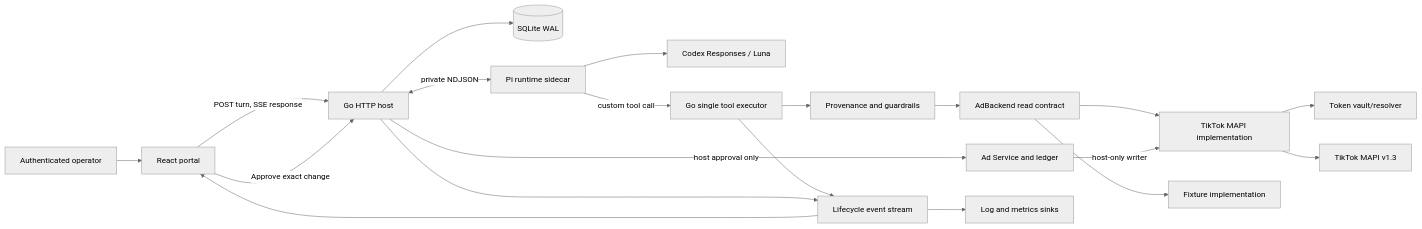
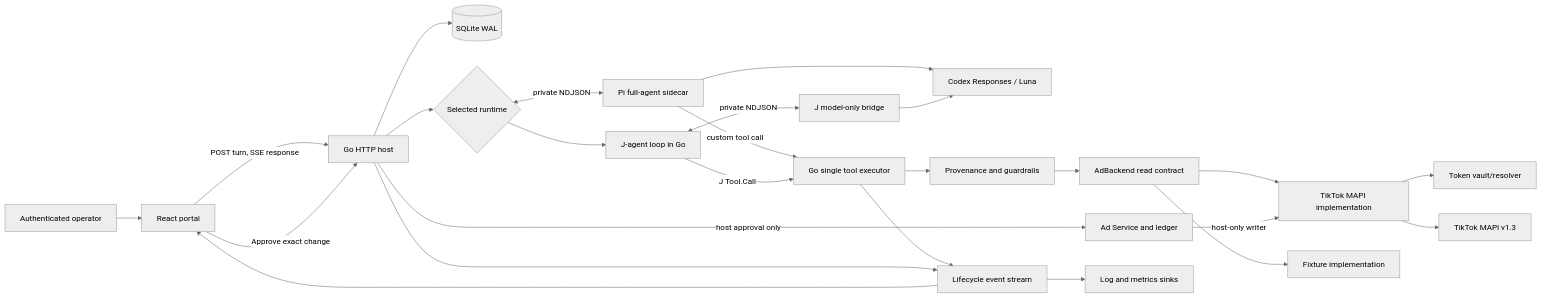
Before and after one commit to z-chenhao/ad-agent: the diagram in docs/technical-design-v0.md, drawn with Mermaid (neutral theme). The commit also changed other lines of this file and 30 other files, not shown here.

Commit message:
Add J-agent Luna runtime

````diff
--- a/docs/technical-design-v0.md
+++ b/docs/technical-design-v0.md
@@ -250,22 +256,27 @@
 ```mermaid
 flowchart LR
   O[Authenticated operator] --> W[React portal]
   W -->|POST turn, SSE response| H[Go HTTP host]
   W -->|Approve exact change| H
   H --> S[(SQLite WAL)]
-  H <-->|private NDJSON| R[Pi runtime sidecar]
-  R --> M[Codex Responses / Luna]
-  R -->|custom tool call| X[Go single tool executor]
+  H --> R{Selected runtime}
+  R <-->|private NDJSON| P[Pi full-agent sidecar]
+  R --> J[J-agent loop in Go]
+  J <-->|private NDJSON| JM[J model-only bridge]
+  P --> M[Codex Responses / Luna]
+  JM --> M
+  P -->|custom tool call| X[Go single tool executor]
+  J -->|J Tool.Call| X
   X --> G[Provenance and guardrails]
   G --> A[AdBackend read contract]
   A --> B[TikTok MAPI implementation]
   A --> F[Fixture implementation]
   B --> V[Token vault/resolver]
   B --> T[TikTok MAPI v1.3]
   H -->|host approval only| C[Ad Service and ledger]
   C -->|host-only writer| B
   X --> E[Lifecycle event stream]
   H --> E
   E --> W
   E --> L[Log and metrics sinks]
 ```
````
